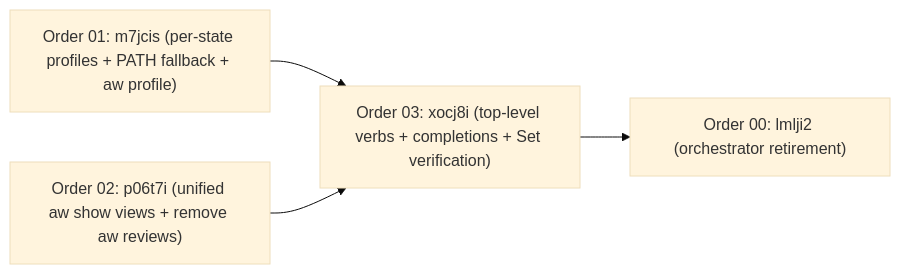
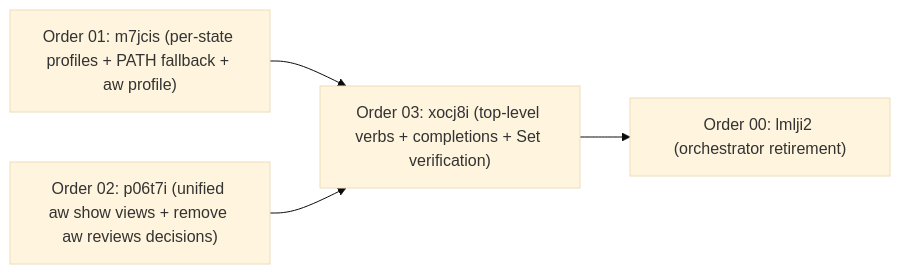
Before and after one commit to fariello/agent-workflows: the diagram in .aw/records/plans/pending/20261122-cliverbs-00-lmlji2-orchestrate-verb-first-top-level-cli-commands-and-unified-aw.ipd.md, drawn with Mermaid (base theme). The commit also changed other lines of this file and 2 other files, not shown here.

First line of the commit message:
cliverbs: align ogd2nv, xocj8i, and lmlji2 with p06t7i decisions (review-decisions, durable history, pqqqzf)

````diff
--- a/.aw/records/plans/pending/20261122-cliverbs-00-lmlji2-orchestrate-verb-first-top-level-cli-commands-and-unified-aw.ipd.md
+++ b/.aw/records/plans/pending/20261122-cliverbs-00-lmlji2-orchestrate-verb-first-top-level-cli-commands-and-unified-aw.ipd.md
@@ -36,6 +38,6 @@
 ```mermaid
 flowchart LR
     C01["Order 01: m7jcis (per-state profiles + PATH fallback + aw profile)"] --> C03["Order 03: xocj8i (top-level verbs + completions + Set verification)"]
-    C02["Order 02: p06t7i (unified aw show views + remove aw reviews)"] --> C03
+    C02["Order 02: p06t7i (unified aw show views + remove aw reviews decisions)"] --> C03
     C03 --> O00["Order 00: lmlji2 (orchestrator retirement)"]
 ```
````
